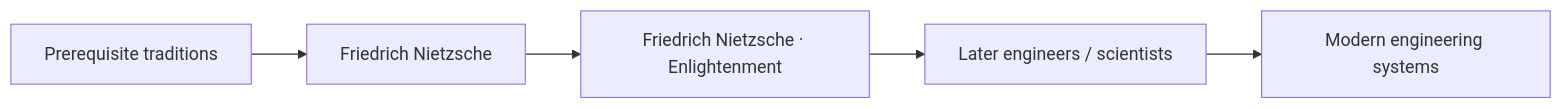
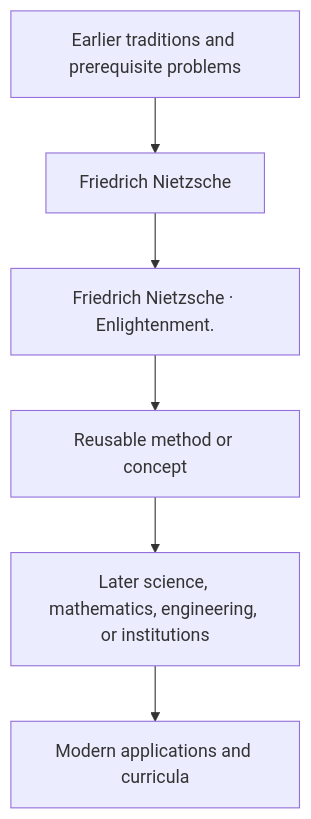
Before and after one commit to via-decide/ViaLogic: the diagram in docs/history/friedrich-nietzsche/influence.md, drawn with Mermaid. The commit also changed other lines of this file and 858 other files, not shown here.

````diff
--- a/docs/history/friedrich-nietzsche/influence.md
+++ b/docs/history/friedrich-nietzsche/influence.md
@@ -29,7 +16,8 @@
 ```mermaid
-graph LR
-  prerequisites["Prerequisite traditions"] --> current["Friedrich Nietzsche"]
-  current --> contribution["Friedrich Nietzsche · Enlightenment"]
-  contribution --> successors["Later engineers / scientists"]
-  successors --> modern["Modern engineering systems"]
+graph TD
+  Prior[Earlier traditions and prerequisite problems] --> Person[Friedrich Nietzsche]
+  Person --> Contribution[Friedrich Nietzsche · Enlightenment.]
+  Contribution --> Method[Reusable method or concept]
+  Method --> Later[Later science, mathematics, engineering, or institutions]
+  Later --> Modern[Modern applications and curricula]
 ```
````
